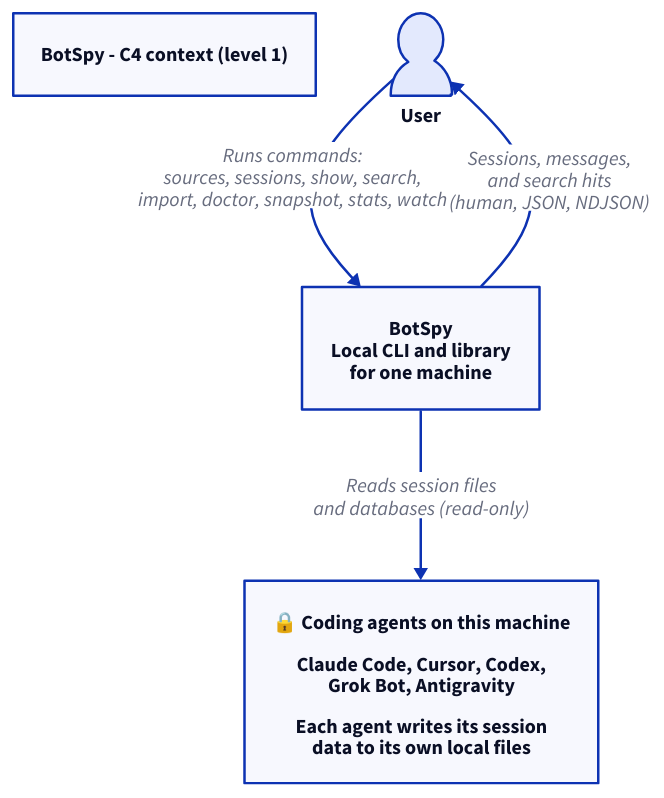
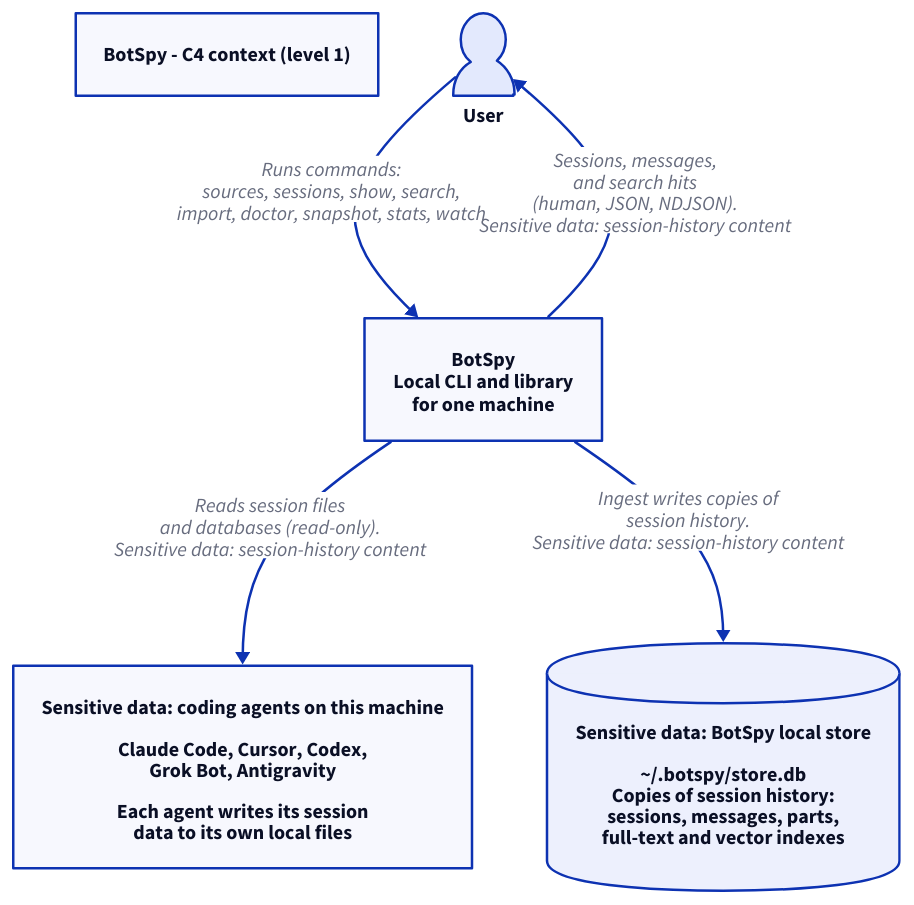
Before and after one commit to AnthusAI/BotSpy: the diagram in docs/diagrams/context.d2, drawn with D2. The commit also changed 61 other files, not shown here.

First line of the commit message:
docs(diagrams): drop legends and lock icons; explicit sensitive-data labels; store in C4 context (#18)

```diff
--- a/docs/diagrams/context.d2
+++ b/docs/diagrams/context.d2
@@ -1,20 +1,27 @@
 title: BotSpy - C4 context (level 1)
 
 user: {
   label: User
   shape: person
 }
 
 botspy: {
   label: "BotSpy\nLocal CLI and library\nfor one machine"
   class: tool
 }
 
 agent_data: {
-  label: "🔒 Coding agents on this machine\n\nClaude Code, Cursor, Codex,\nGrok Bot, Antigravity\n\nEach agent writes its session\ndata to its own local files"
+  label: "Sensitive data: coding agents on this machine\n\nClaude Code, Cursor, Codex,\nGrok Bot, Antigravity\n\nEach agent writes its session\ndata to its own local files"
+  class: sensitive
+}
+
+store: {
+  label: "Sensitive data: BotSpy local store\n\n~/.botspy/store.db\nCopies of session history:\nsessions, messages, parts,\nfull-text and vector indexes"
+  shape: cylinder
   class: sensitive
 }
 
 user -> botspy: "Runs commands:\nsources, sessions, show, search,\nimport, doctor, snapshot, stats, watch"
-botspy -> agent_data: "Reads session files\nand databases (read-only)"
-botspy -> user: "Sessions, messages,\nand search hits\n(human, JSON, NDJSON)"
+botspy -> agent_data: "Reads session files\nand databases (read-only).\nSensitive data: session-history content"
+botspy -> store: "Ingest writes copies of\nsession history.\nSensitive data: session-history content"
+botspy -> user: "Sessions, messages,\nand search hits\n(human, JSON, NDJSON).\nSensitive data: session-history content"
```
